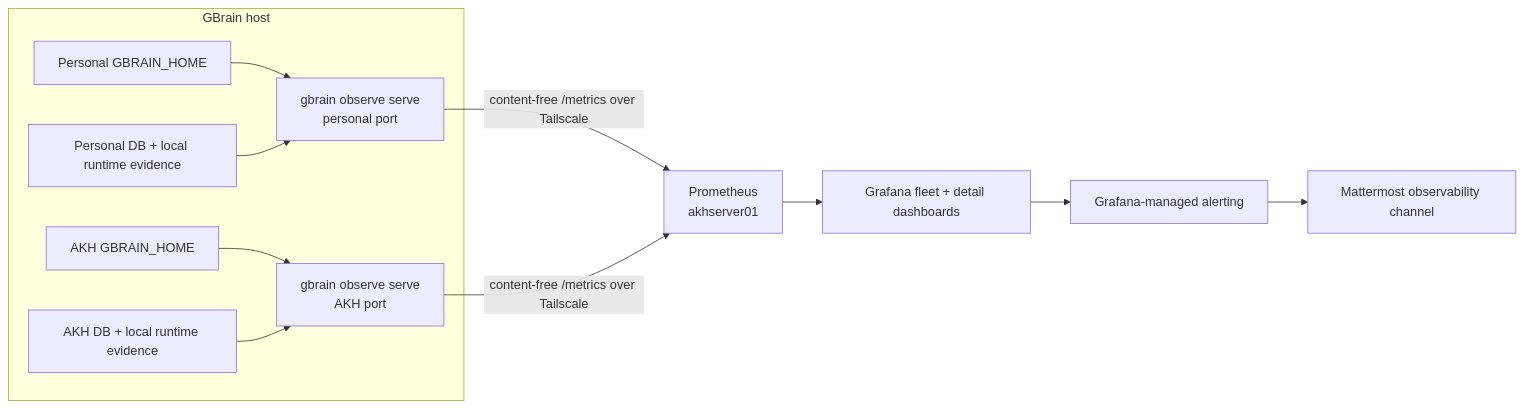
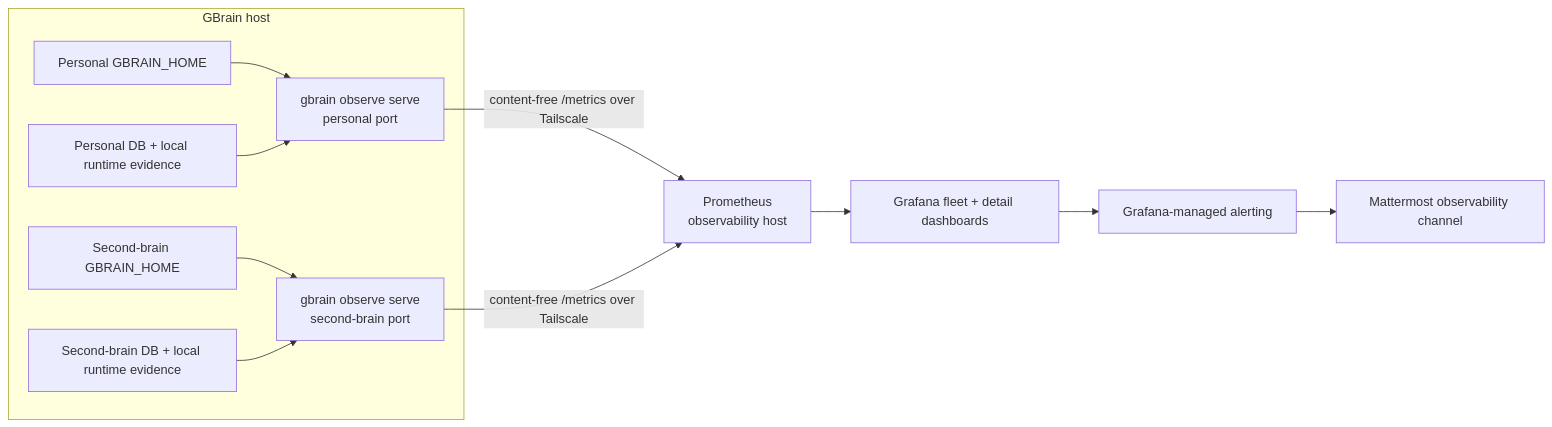
Before and after one commit to aaronkhawkins/gbrain: the first of 2 diagrams in docs/plans/2026-07-23-001-feat-establish-operational-truth-plan.md, drawn with Mermaid. The commit also changed other lines of this file and 6 other files, not shown here.

````diff
--- a/docs/plans/2026-07-23-001-feat-establish-operational-truth-plan.md
+++ b/docs/plans/2026-07-23-001-feat-establish-operational-truth-plan.md
@@ -168,15 +168,15 @@
 ```mermaid
 flowchart LR
     subgraph host["GBrain host"]
       pconfig["Personal GBRAIN_HOME"] --> pobserver["gbrain observe serve<br/>personal port"]
-      aconfig["AKH GBRAIN_HOME"] --> aobserver["gbrain observe serve<br/>AKH port"]
+      aconfig["Second-brain GBRAIN_HOME"] --> aobserver["gbrain observe serve<br/>second-brain port"]
       pbrain["Personal DB + local runtime evidence"] --> pobserver
-      abrain["AKH DB + local runtime evidence"] --> aobserver
+      abrain["Second-brain DB + local runtime evidence"] --> aobserver
     end
 
-    pobserver -->|"content-free /metrics over Tailscale"| prometheus["Prometheus<br/>akhserver01"]
+    pobserver -->|"content-free /metrics over Tailscale"| prometheus["Prometheus<br/>observability host"]
     aobserver -->|"content-free /metrics over Tailscale"| prometheus
     prometheus --> grafana["Grafana fleet + detail dashboards"]
     grafana --> alerts["Grafana-managed alerting"]
     alerts --> mattermost["Mattermost observability channel"]
 ```
````
